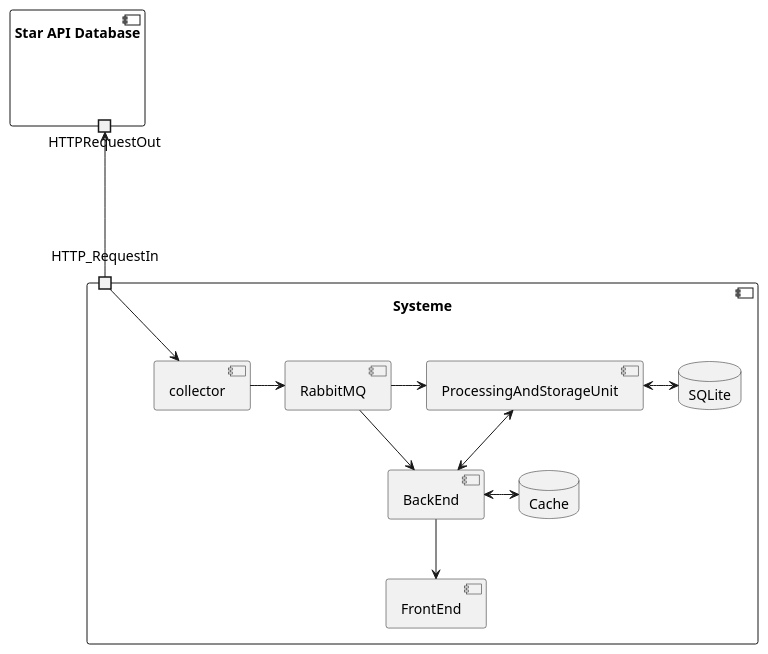
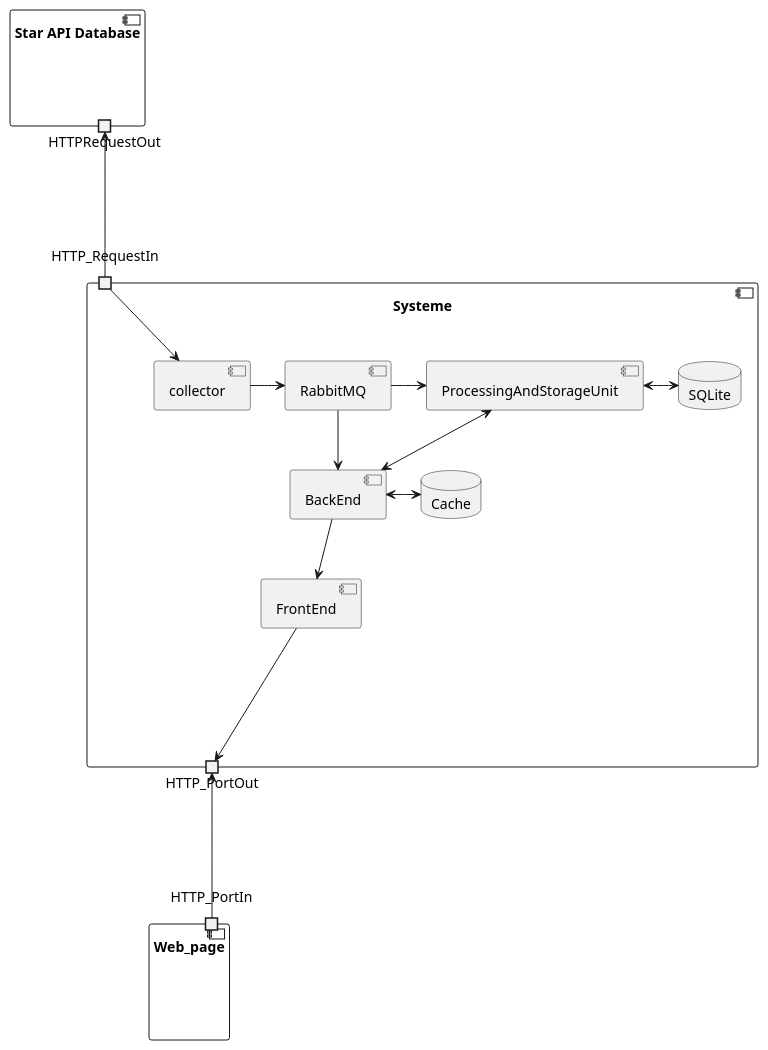
Before and after one commit to ESIR2-PROJET-KEOLIS/design: the diagram in sprint0/global/ComponentDiagram.puml, drawn with PlantUML. The commit also changed 11 other files, not shown here.

Commit message:
separation of the system sequence diagram and modification of the component diagram.

```diff
--- a/sprint0/global/ComponentDiagram.puml
+++ b/sprint0/global/ComponentDiagram.puml
@@ -1,28 +1,36 @@
 @startuml ComponentDiagram
 
 component  "Star API Database" {
     portout HTTPRequestOut
 }
 
 
 component "Systeme"{
     portin HTTP_RequestIn
+    Portout HTTP_PortOut
     database SQLite
     database Cache
     HTTP_RequestIn -> [collector]
     [collector] -> [RabbitMQ]
     [RabbitMQ] -> [ProcessingAndStorageUnit]
 
     [ProcessingAndStorageUnit] <-> SQLite
 
     [RabbitMQ] --> [BackEnd]
     [ProcessingAndStorageUnit] <--> [BackEnd]
     [BackEnd] <-> Cache
     [BackEnd] --> [FrontEnd]
+    
+    [FrontEnd] ---> HTTP_PortOut
+    
+
 }
 
+component "Web_page"{
+    portin HTTP_PortIn
+}
 
 HTTPRequestOut <--- HTTP_RequestIn
-
+HTTP_PortOut <--- HTTP_PortIn
 
 @enduml
```
